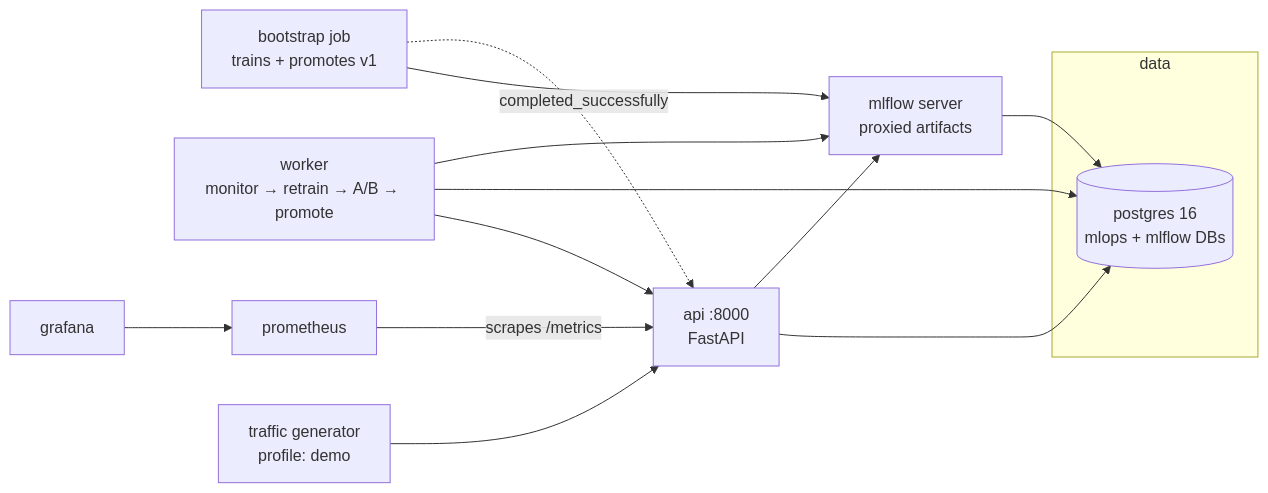
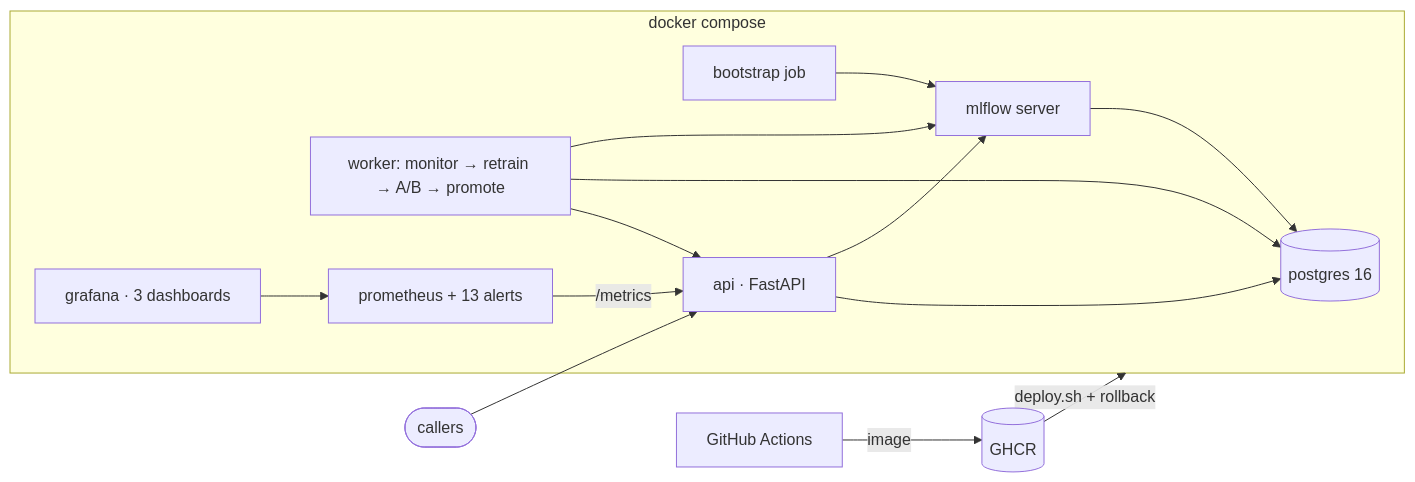
Before and after one commit to Desai0Aryan/MLOps-Platform: the diagram in README.md, drawn with Mermaid. The commit also changed other lines of this file and 45 other files, not shown here.

````diff
--- a/README.md
+++ b/README.md
@@ -211,17 +27,17 @@
 ```mermaid
 flowchart LR
-  subgraph data
-    PG[(postgres 16<br/>mlops + mlflow DBs)]
+  subgraph stack["docker compose"]
+    PG[(postgres 16)]
+    ML[mlflow server] --> PG
+    BOOT[bootstrap job] --> ML
+    API[api · FastAPI] --> PG
+    API --> ML
+    WORK[worker: monitor → retrain → A/B → promote] --> API
+    WORK --> PG
+    WORK --> ML
+    PROM[prometheus + 13 alerts] -- /metrics --> API
+    GRAF[grafana · 3 dashboards] --> PROM
   end
-  ML[mlflow server<br/>proxied artifacts] --> PG
-  BOOT[bootstrap job<br/>trains + promotes v1] --> ML
-  API[api :8000<br/>FastAPI] --> PG
-  API --> ML
-  WORK[worker<br/>monitor → retrain → A/B → promote] --> API
-  WORK --> PG
-  WORK --> ML
-  PROM[prometheus] -- scrapes /metrics --> API
-  GRAF[grafana] --> PROM
-  TRAFFIC[traffic generator<br/>profile: demo] --> API
-  BOOT -. completed_successfully .-> API
+  CLIENT([callers]) --> API
+  CI[GitHub Actions] -- image --> GHCR[(GHCR)] -- deploy.sh + rollback --> stack
 ```
````
